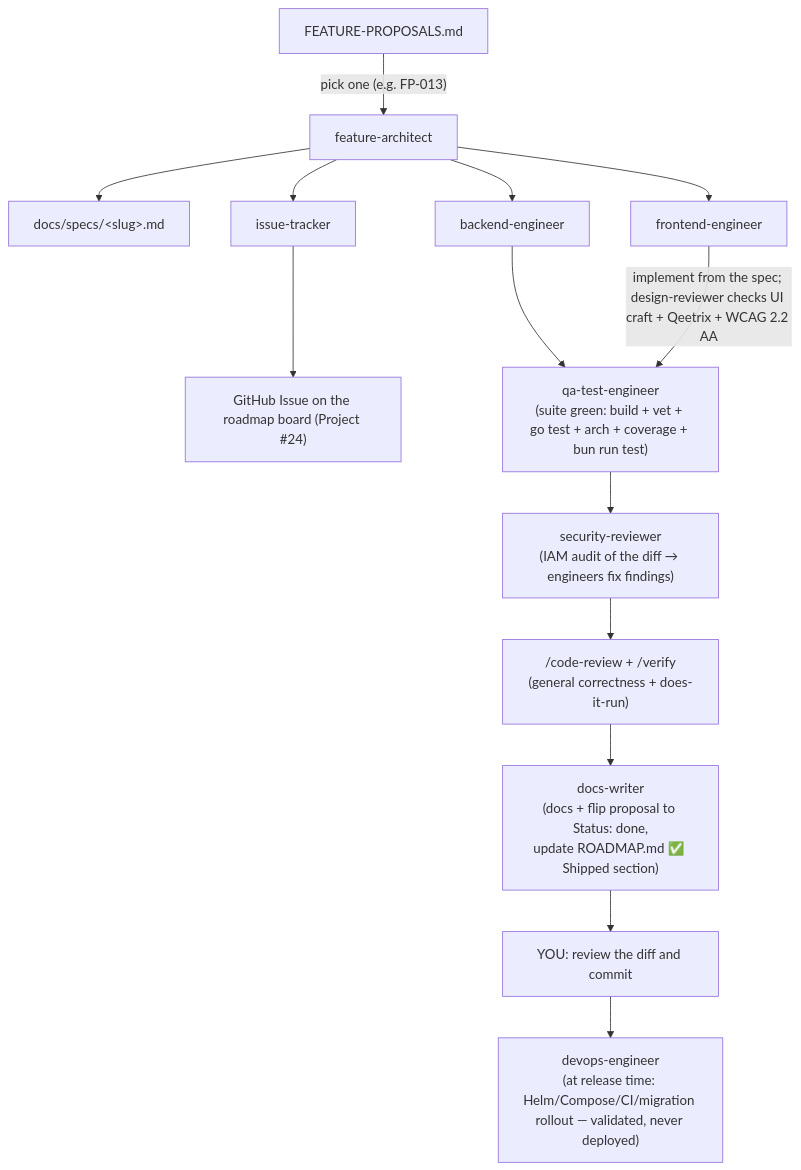
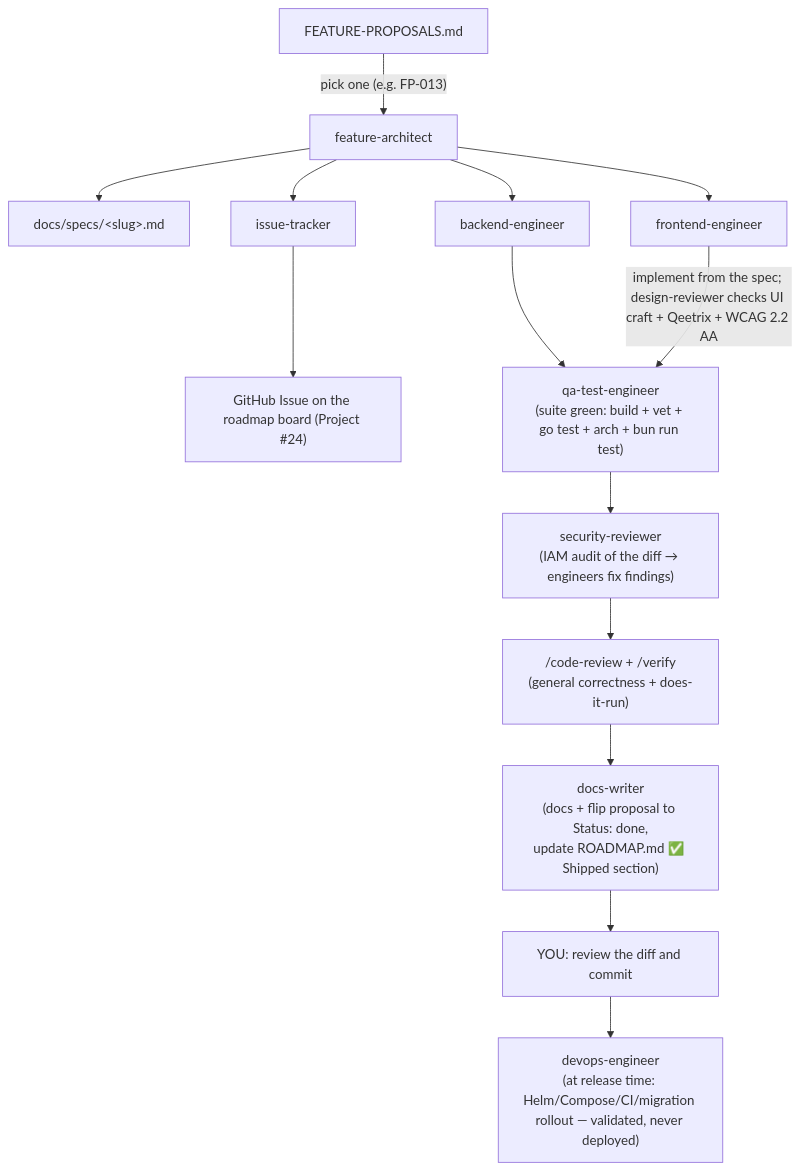
Before and after one commit to qeetgroup/qeet-id: the diagram in .claude/PIPELINE.md, drawn with Mermaid. The commit also changed other lines of this file and 13 other files, not shown here.

````diff
--- a/.claude/PIPELINE.md
+++ b/.claude/PIPELINE.md
@@ -24,30 +24,30 @@
 ```mermaid
 flowchart TB
     proposals["FEATURE-PROPOSALS.md"]
     architect["feature-architect"]
     spec["docs/specs/&lt;slug&gt;.md"]
     tracker["issue-tracker"]
     issue["GitHub Issue on the roadmap board (Project #24)"]
     backend["backend-engineer"]
     frontend["frontend-engineer"]
-    qa["qa-test-engineer<br/>(suite green: build + vet + go test + arch + coverage + bun run test)"]
+    qa["qa-test-engineer<br/>(suite green: build + vet + go test + arch + bun run test)"]
     security["security-reviewer<br/>(IAM audit of the diff → engineers fix findings)"]
     review["/code-review + /verify<br/>(general correctness + does-it-run)"]
     docs["docs-writer<br/>(docs + flip proposal to Status: done,<br/>update ROADMAP.md ✅ Shipped section)"]
     you["YOU: review the diff and commit"]
     devops["devops-engineer<br/>(at release time: Helm/Compose/CI/migration rollout — validated, never deployed)"]
 
     proposals -->|"pick one (e.g. FP-013)"| architect
     architect --> spec
     architect --> tracker
     tracker --> issue
     architect --> backend
     architect --> frontend
     backend --> qa
     frontend -->|"implement from the spec; design-reviewer checks UI craft + Qeetrix + WCAG 2.2 AA"| qa
     qa --> security
     security --> review
     review --> docs
     docs --> you
     you --> devops
 ```
````
